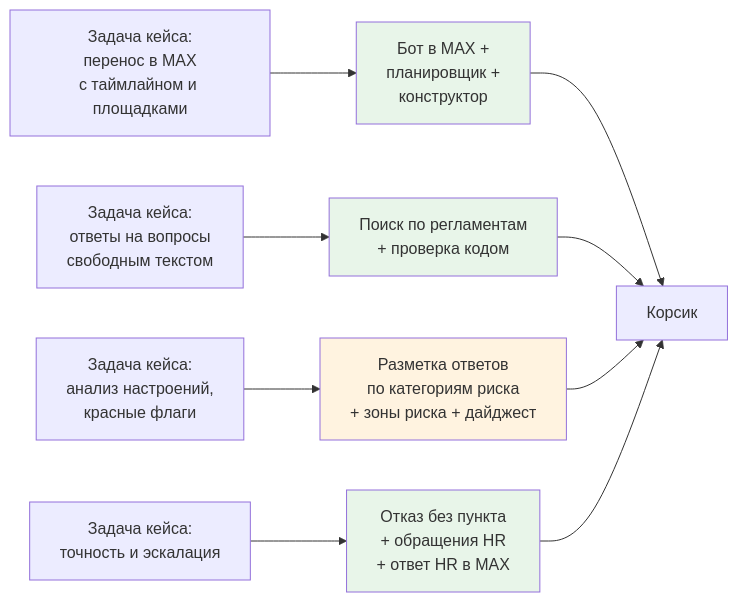
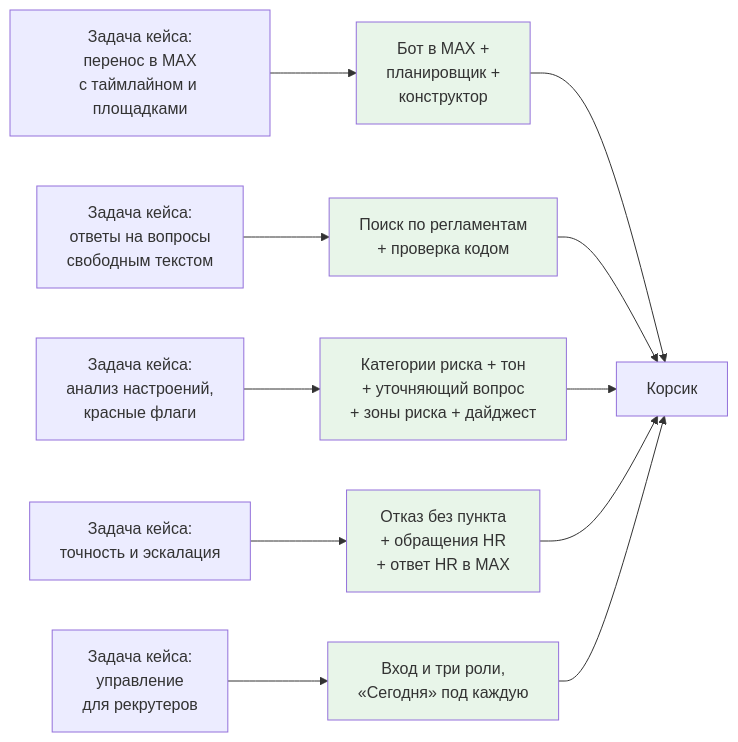
The diagram in agency/system/Human/13-criteria-coverage.md (kunak-agency/polyplastic-bot), drawn with Mermaid before and after one commit. The commit also changed other lines of this file and 11 other files, not shown here.

````diff
--- a/agency/system/Human/13-criteria-coverage.md
+++ b/agency/system/Human/13-criteria-coverage.md
@@ -59,15 +61,18 @@
 ```mermaid
 flowchart LR
     T1["Задача кейса:<br/>перенос в MAX<br/>с таймлайном и площадками"] --> M1["Бот в MAX +<br/>планировщик +<br/>конструктор"]
     T2["Задача кейса:<br/>ответы на вопросы<br/>свободным текстом"] --> M2["Поиск по регламентам<br/>+ проверка кодом"]
-    T3["Задача кейса:<br/>анализ настроений,<br/>красные флаги"] --> M3["Разметка ответов<br/>по категориям риска<br/>+ зоны риска + дайджест"]
+    T3["Задача кейса:<br/>анализ настроений,<br/>красные флаги"] --> M3["Категории риска + тон<br/>+ уточняющий вопрос<br/>+ зоны риска + дайджест"]
     T4["Задача кейса:<br/>точность и эскалация"] --> M4["Отказ без пункта<br/>+ обращения HR<br/>+ ответ HR в MAX"]
     M1 --> R["Корсик"]
     M2 --> R
     M3 --> R
     M4 --> R
     style M1 fill:#e8f5e9
     style M2 fill:#e8f5e9
-    style M3 fill:#fff3e0
+    T5["Задача кейса:<br/>управление<br/>для рекрутеров"] --> M5["Вход и три роли,<br/>«Сегодня» под каждую"]
+    M5 --> R
+    style M3 fill:#e8f5e9
     style M4 fill:#e8f5e9
+    style M5 fill:#e8f5e9
 ```
````
